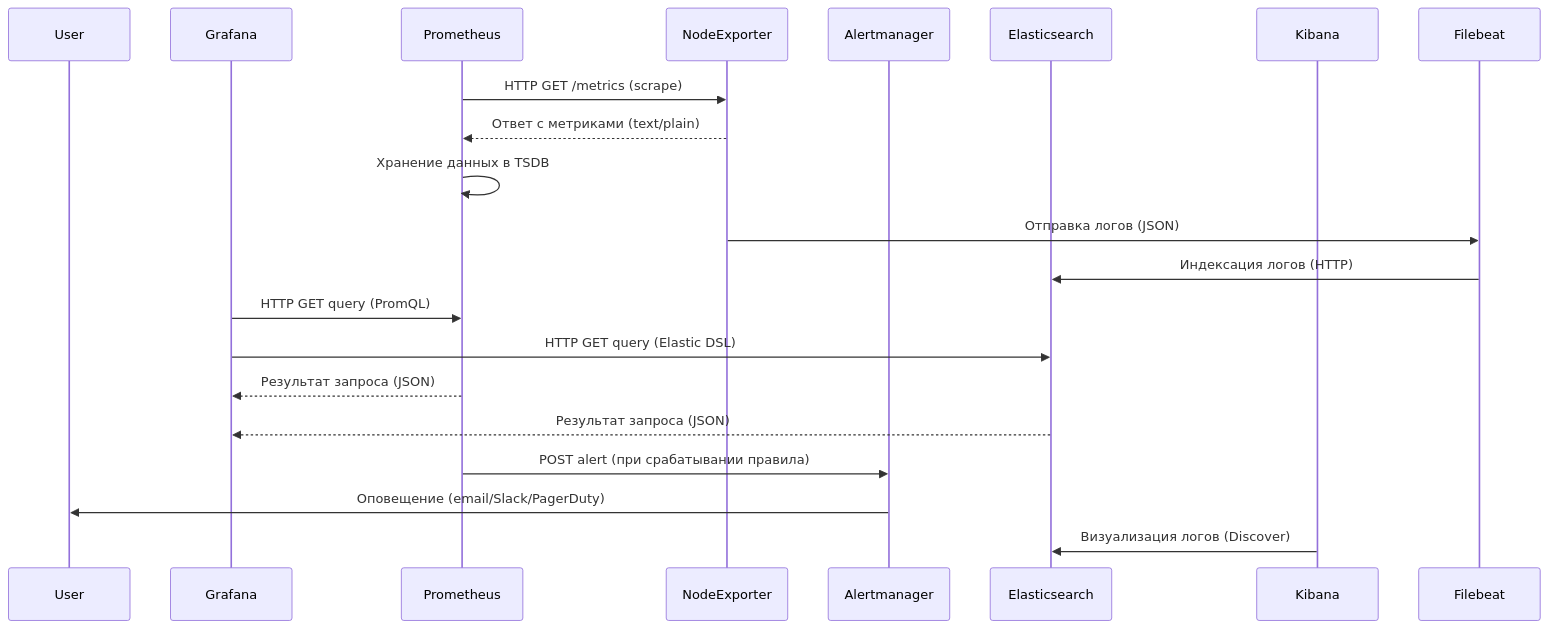
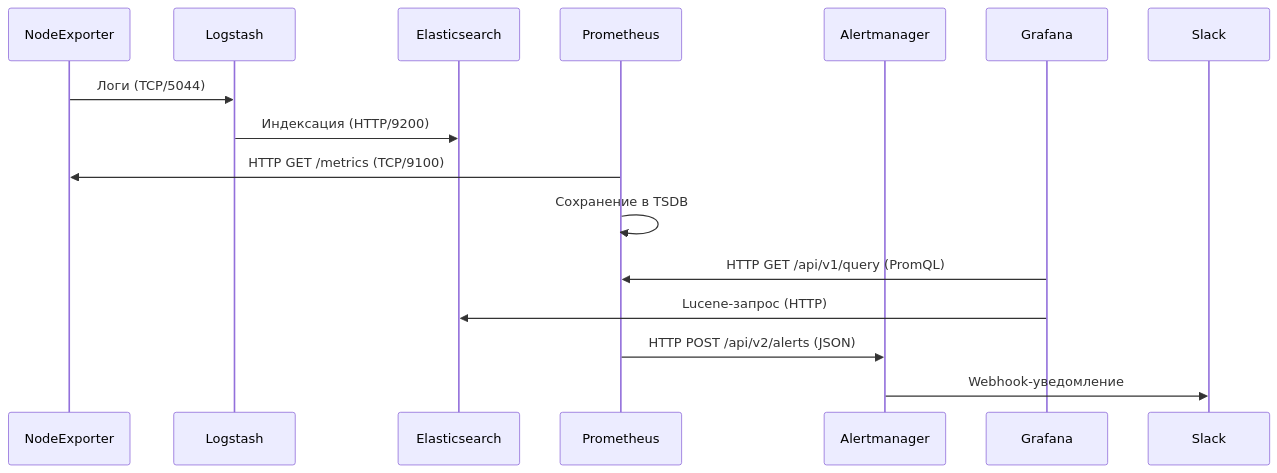
The first of 5 diagrams in Introduction_monitoring/README.md (lamjob1993/linux-monitoring), drawn with Mermaid before and after one commit. The commit also changed other lines of this file, not shown here.

````diff
--- a/Introduction_monitoring/README.md
+++ b/Introduction_monitoring/README.md
@@ -56,23 +65,18 @@
-```mermaid
-sequenceDiagram
-    participant User
-    participant Grafana
-    participant Prometheus
-    participant NodeExporter
-    participant Alertmanager
-    participant Elasticsearch
-    participant Kibana
+```mermaid  
+sequenceDiagram  
+    participant NodeExporter  
+    participant Logstash  
+    participant Elasticsearch  
+    participant Prometheus  
+    participant Alertmanager  
+    participant Grafana  
 
-    Prometheus->>NodeExporter: HTTP GET /metrics (scrape)
-    NodeExporter-->>Prometheus: Ответ с метриками (text/plain)
-    Prometheus->>Prometheus: Хранение данных в TSDB
-    NodeExporter->>Filebeat: Отправка логов (JSON)
-    Filebeat->>Elasticsearch: Индексация логов (HTTP)
-    Grafana->>Prometheus: HTTP GET query (PromQL)
-    Grafana->>Elasticsearch: HTTP GET query (Elastic DSL)
-    Prometheus-->>Grafana: Результат запроса (JSON)
-    Elasticsearch-->>Grafana: Результат запроса (JSON)
-    Prometheus->>Alertmanager: POST alert (при срабатывании правила)
-    Alertmanager->>User: Оповещение (email/Slack/PagerDuty)
-    Kibana->>Elasticsearch: Визуализация логов (Discover)
-```
+    NodeExporter->>Logstash: Логи (TCP/5044)  
+    Logstash->>Elasticsearch: Индексация (HTTP/9200)  
+    Prometheus->>NodeExporter: HTTP GET /metrics (TCP/9100)  
+    Prometheus->>Prometheus: Сохранение в TSDB  
+    Grafana->>Prometheus: HTTP GET /api/v1/query (PromQL)  
+    Grafana->>Elasticsearch: Lucene-запрос (HTTP)  
+    Prometheus->>Alertmanager: HTTP POST /api/v2/alerts (JSON)  
+    Alertmanager->>Slack: Webhook-уведомление  
+```  
````
